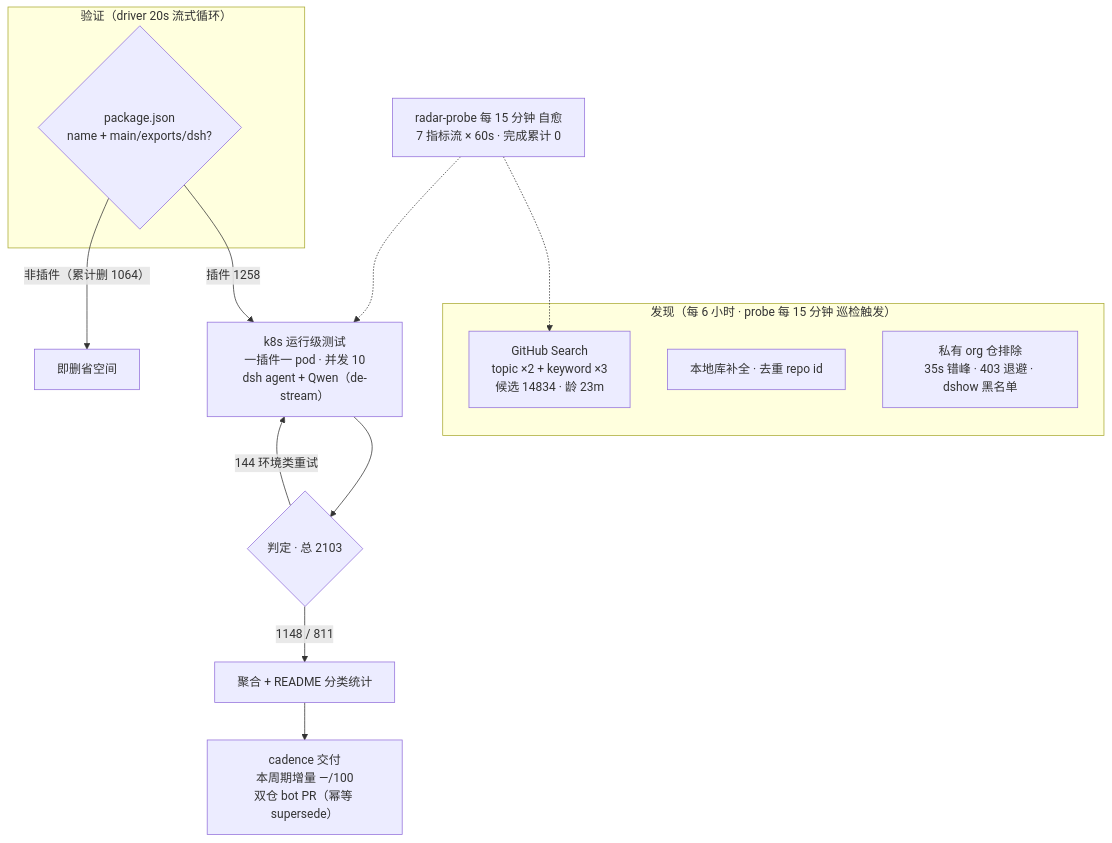
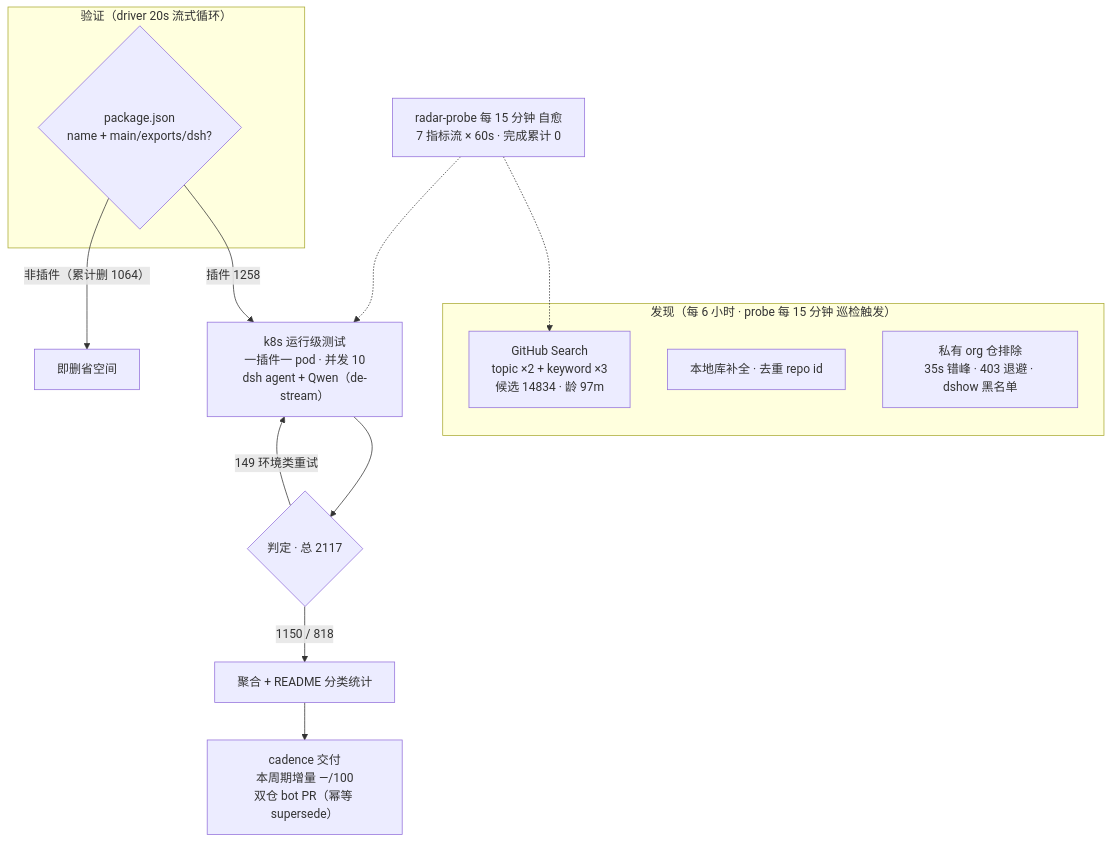
Before and after one commit to Zhidao-Lab-OSS/awesome-dsh-plugins: the diagram in README.md, drawn with Mermaid. The commit also changed other lines of this file and 1 other file, not shown here.

````diff
--- a/README.md
+++ b/README.md
@@ -37,20 +37,20 @@
 ```mermaid
 flowchart TB
     subgraph Discovery["发现（每 6 小时 · probe 每 15 分钟 巡检触发）"]
-        A1["GitHub Search<br/>topic ×2 + keyword ×3<br/>候选 14834 · 龄 23m"]
+        A1["GitHub Search<br/>topic ×2 + keyword ×3<br/>候选 14834 · 龄 97m"]
         A2["本地库补全 · 去重 repo id"]
         A3["私有 org 仓排除<br/>35s 错峰 · 403 退避 · dshow 黑名单"]
     end
     subgraph Validation["验证（driver 20s 流式循环）"]
         B1{"package.json<br/>name + main/exports/dsh?"}
     end
     B1 -->|"插件 1258"| C1["k8s 运行级测试<br/>一插件一 pod · 并发 10<br/>dsh agent + Qwen（de-stream）"]
     B1 -->|"非插件（累计删 1064）"| B3["即删省空间"]
-    C1 --> D1{"判定 · 总 2103"}
-    D1 -->|"1148 / 811"| E1["聚合 + README 分类统计"]
-    D1 -->|"144 环境类重试"| C1
+    C1 --> D1{"判定 · 总 2117"}
+    D1 -->|"1150 / 818"| E1["聚合 + README 分类统计"]
+    D1 -->|"149 环境类重试"| C1
     E1 --> E2["cadence 交付<br/>本周期增量 —/100<br/>双仓 bot PR（幂等 supersede）"]
     M["radar-probe 每 15 分钟 自愈<br/>7 指标流 × 60s · 完成累计 0"]
     M -.-> A1
     M -.-> C1
 ```
````
